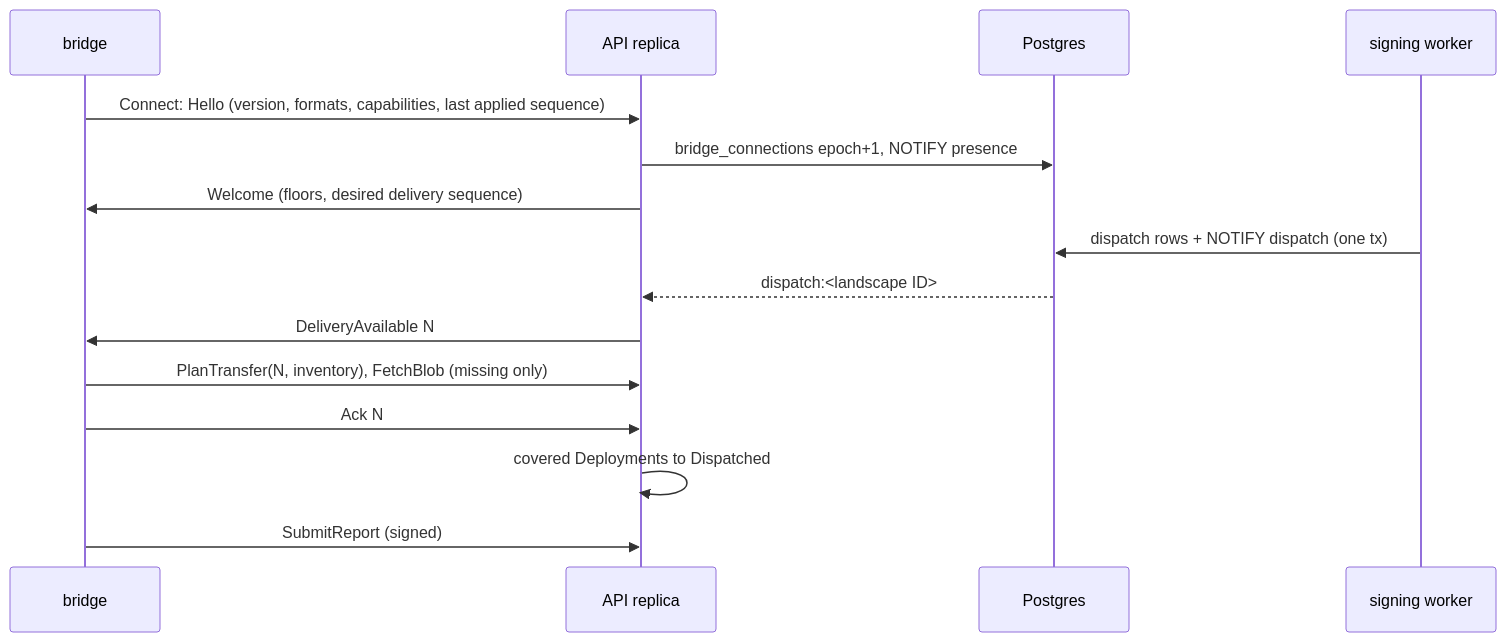
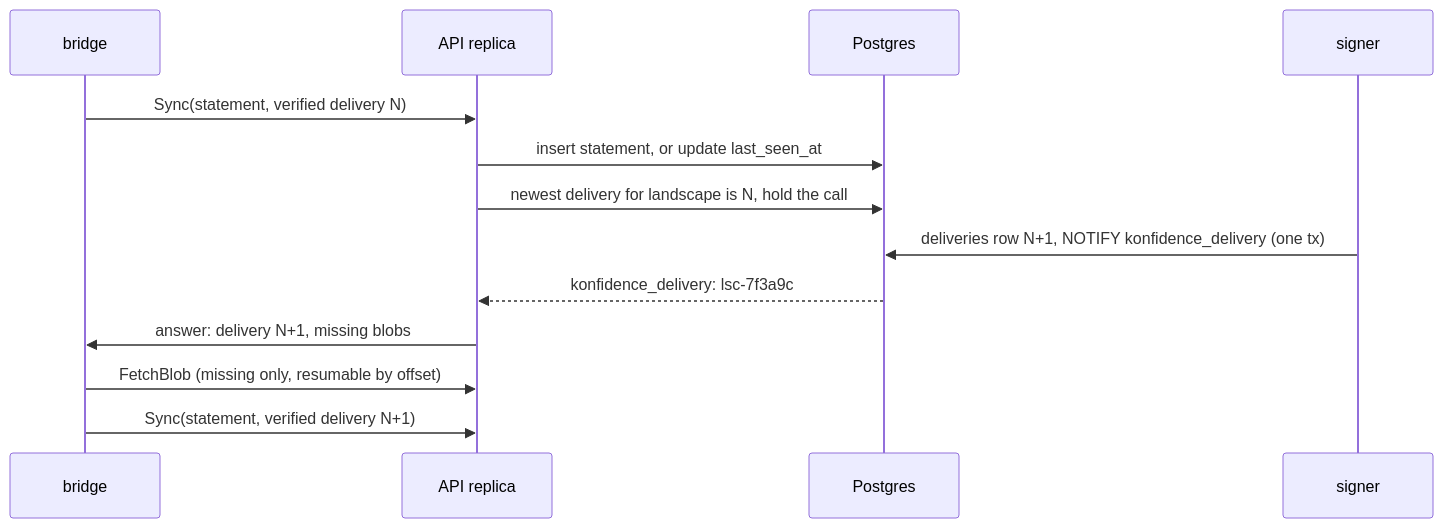
One commit to nirnanaaa/konfidence changed the diagram in docs/design/01-control-plane.md. Above: the diagram before and after it, drawn with Mermaid. The commit also changed other lines of this file and 12 other files, not shown here.

Commit message:
docs(design): simplify to intent CRDs, desired slots and one bridge exchange

````diff
--- a/docs/design/01-control-plane.md
+++ b/docs/design/01-control-plane.md
@@ -125,17 +102,15 @@
 ```mermaid
 sequenceDiagram
   participant B as bridge
   participant A as API replica
   participant P as Postgres
-  participant S as signing worker
-  B->>A: Connect: Hello (version, formats, capabilities, last applied sequence)
-  A->>P: bridge_connections epoch+1, NOTIFY presence
-  A->>B: Welcome (floors, desired delivery sequence)
-  S->>P: dispatch rows + NOTIFY dispatch (one tx)
-  P-->>A: dispatch:<landscape ID>
-  A->>B: DeliveryAvailable N
-  B->>A: PlanTransfer(N, inventory), FetchBlob (missing only)
-  B->>A: Ack N
-  A->>A: covered Deployments to Dispatched
-  B->>A: SubmitReport (signed)
+  participant S as signer
+  B->>A: Sync(statement, verified delivery N)
+  A->>P: insert statement, or update last_seen_at
+  A->>P: newest delivery for landscape is N, hold the call
+  S->>P: deliveries row N+1, NOTIFY konfidence_delivery (one tx)
+  P-->>A: konfidence_delivery: lsc-7f3a9c
+  A->>B: answer: delivery N+1, missing blobs
+  B->>A: FetchBlob (missing only, resumable by offset)
+  B->>A: Sync(statement, verified delivery N+1)
 ```
````
